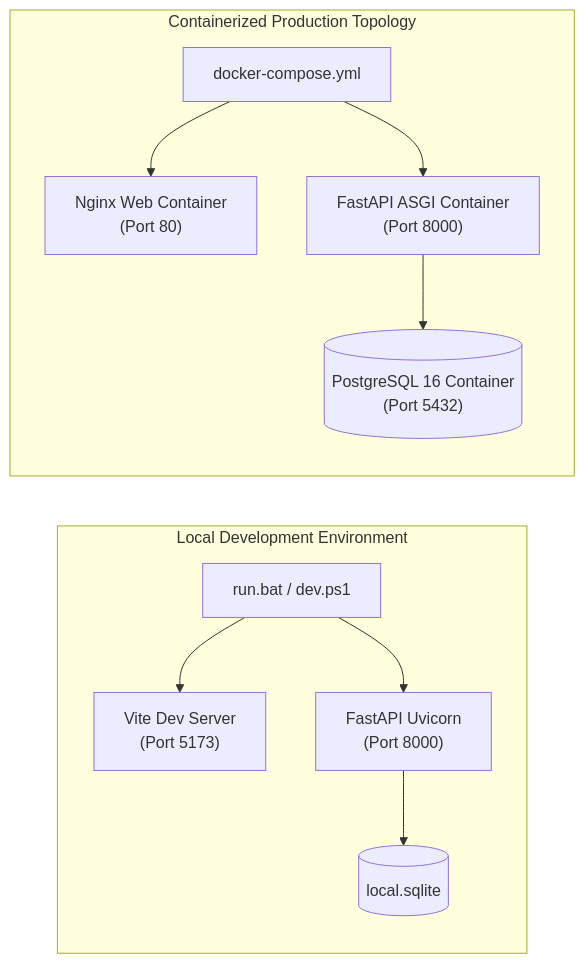
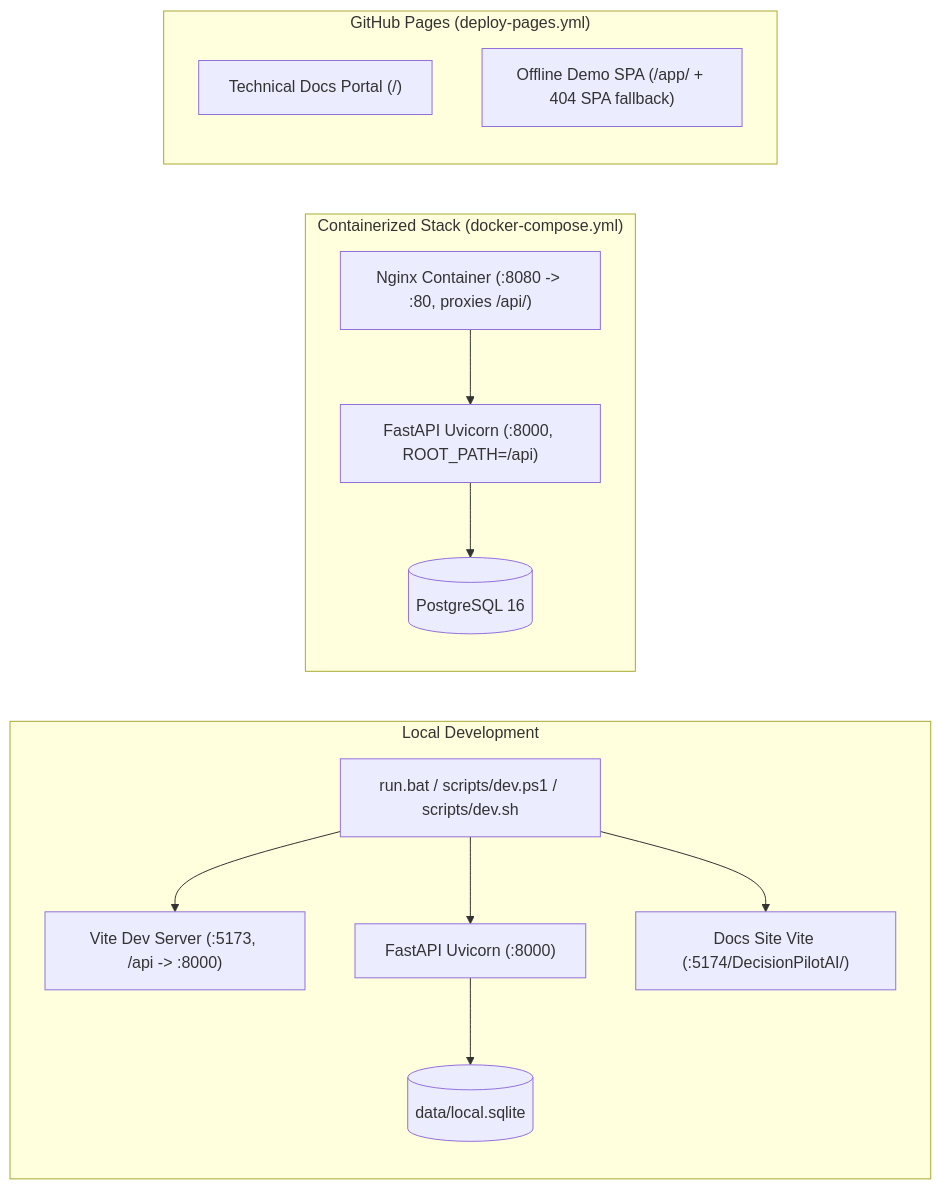
The fourth of 4 diagrams in ARCHITECTURE.md (NguyenTriBaoThang/DecisionPilotAI), drawn with Mermaid before and after one commit. The commit also changed other lines of this file and 62 other files, not shown here.

Commit message:
feat: add CI/CD workflows, documentation portal, and frontend workspace UI

````diff
--- a/ARCHITECTURE.md
+++ b/ARCHITECTURE.md
@@ -193,24 +200,29 @@
 ```mermaid
 flowchart LR
-    subgraph LocalDev["Local Development Environment"]
-        Batch["run.bat / dev.ps1"]
-        ViteDev["Vite Dev Server<br/>(Port 5173)"]
-        UvicornDev["FastAPI Uvicorn<br/>(Port 8000)"]
-        SQLiteFile[("local.sqlite")]
+    subgraph LocalDev["Local Development"]
+        Launcher["run.bat / scripts/dev.ps1 / scripts/dev.sh"]
+        ViteDev["Vite Dev Server (:5173, /api -> :8000)"]
+        UvicornDev["FastAPI Uvicorn (:8000)"]
+        DocsDev["Docs Site Vite (:5174/DecisionPilotAI/)"]
+        SQLiteFile[("data/local.sqlite")]
     end
 
-    subgraph ProductionDeploy["Containerized Production Topology"]
-        DockerCompose["docker-compose.yml"]
-        FrontendContainer["Nginx Web Container<br/>(Port 80)"]
-        BackendContainer["FastAPI ASGI Container<br/>(Port 8000)"]
-        PostgresContainer[("PostgreSQL 16 Container<br/>(Port 5432)")]
+    subgraph DockerProd["Containerized Stack (docker-compose.yml)"]
+        NginxWeb["Nginx Container (:8080 -> :80, proxies /api/)"]
+        BackendContainer["FastAPI Uvicorn (:8000, ROOT_PATH=/api)"]
+        PostgresContainer[("PostgreSQL 16")]
     end
 
-    Batch --> ViteDev
-    Batch --> UvicornDev
+    subgraph GitHubPages["GitHub Pages (deploy-pages.yml)"]
+        DocsPortal["Technical Docs Portal (/)"]
+        StaticApp["Offline Demo SPA (/app/ + 404 SPA fallback)"]
+    end
+
+    Launcher --> ViteDev
+    Launcher --> UvicornDev
+    Launcher --> DocsDev
     UvicornDev --> SQLiteFile
 
-    DockerCompose --> FrontendContainer
-    DockerCompose --> BackendContainer
+    NginxWeb --> BackendContainer
     BackendContainer --> PostgresContainer
 ```
````
